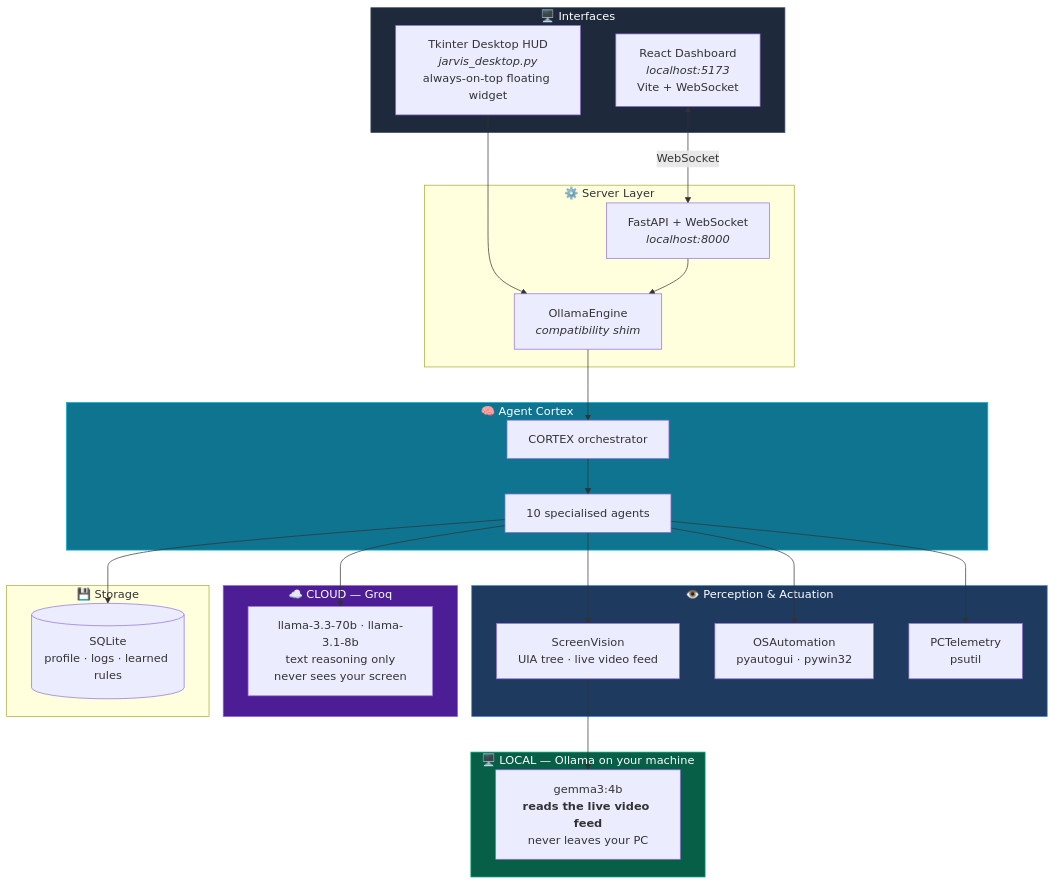
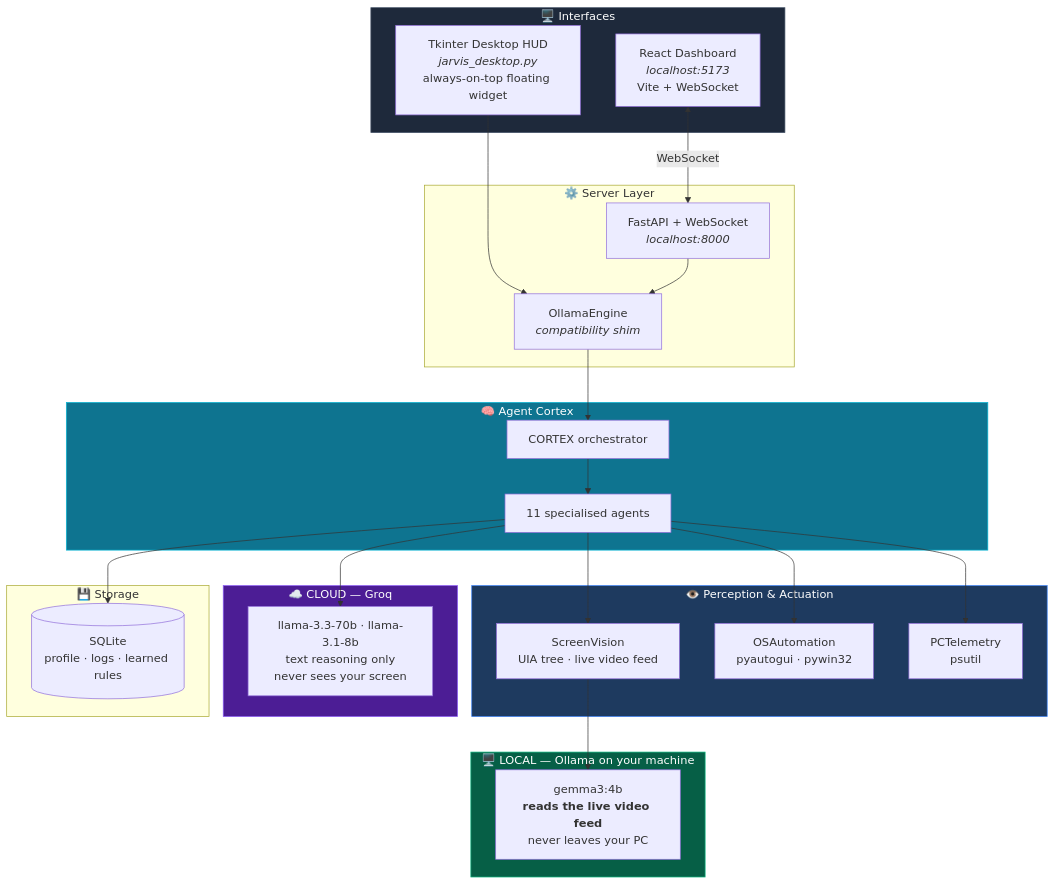
The first of 7 diagrams in README.md (SwaRaaaj/Jarvis2.0), drawn with Mermaid before and after one commit. The commit also changed other lines of this file and 9 other files, not shown here.

````diff
--- a/README.md
+++ b/README.md
@@ -151,53 +152,53 @@
 ```mermaid
 flowchart TB
     subgraph Interfaces["🖥️  Interfaces"]
         HUD["Tkinter Desktop HUD<br/><i>jarvis_desktop.py</i><br/>always-on-top floating widget"]
         WEB["React Dashboard<br/><i>localhost:5173</i><br/>Vite + WebSocket"]
     end
 
     subgraph Server["⚙️  Server Layer"]
         API["FastAPI + WebSocket<br/><i>localhost:8000</i>"]
         ENG["OllamaEngine<br/><i>compatibility shim</i>"]
     end
 
     subgraph Brain["🧠  Agent Cortex"]
         CORTEX["CORTEX orchestrator"]
-        AGENTS["10 specialised agents"]
+        AGENTS["11 specialised agents"]
     end
 
     subgraph Perception["👁️  Perception & Actuation"]
         SV["ScreenVision<br/>UIA tree · live video feed"]
         OS["OSAutomation<br/>pyautogui · pywin32"]
         TEL["PCTelemetry<br/>psutil"]
     end
 
     subgraph Local["🖥️  LOCAL — Ollama on your machine"]
         OLLAMA["gemma3:4b<br/><b>reads the live video feed</b><br/>never leaves your PC"]
     end
 
     subgraph Cloud["☁️  CLOUD — Groq"]
         GROQ["llama-3.3-70b · llama-3.1-8b<br/>text reasoning only<br/>never sees your screen"]
     end
 
     subgraph Storage["💾  Storage"]
         DB[("SQLite<br/>profile · logs · learned rules")]
     end
 
     HUD --> ENG
     WEB <-->|WebSocket| API
     API --> ENG
     ENG --> CORTEX
     CORTEX --> AGENTS
     AGENTS --> SV
     AGENTS --> OS
     AGENTS --> TEL
     AGENTS --> GROQ
     SV --> OLLAMA
     AGENTS --> DB
 
     style Brain fill:#0e7490,stroke:#06b6d4,color:#fff
     style Interfaces fill:#1e293b,stroke:#475569,color:#fff
     style Local fill:#065f46,stroke:#10b981,color:#fff
     style Cloud fill:#4c1d95,stroke:#8b5cf6,color:#fff
     style Perception fill:#1e3a5f,stroke:#3b82f6,color:#fff
 ```
````
